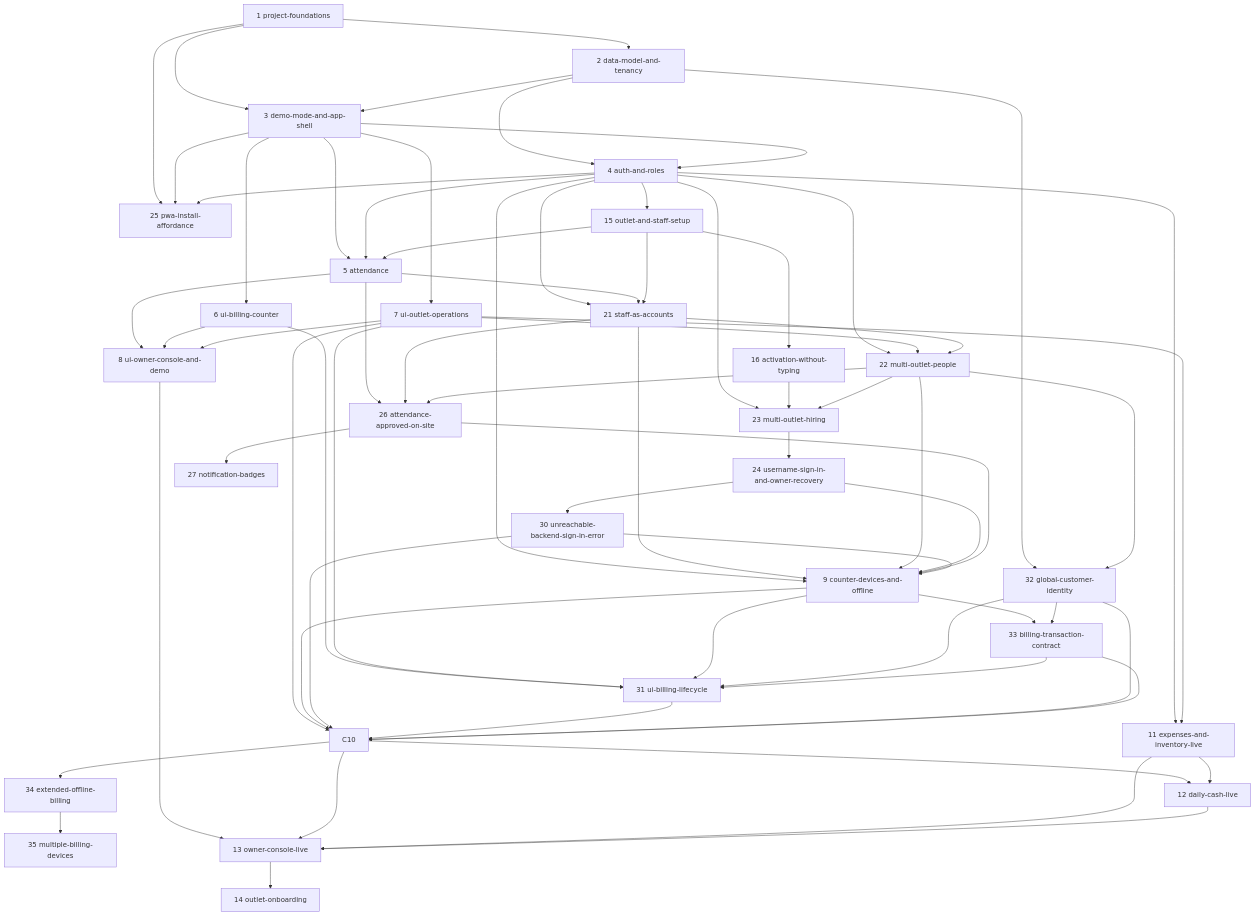
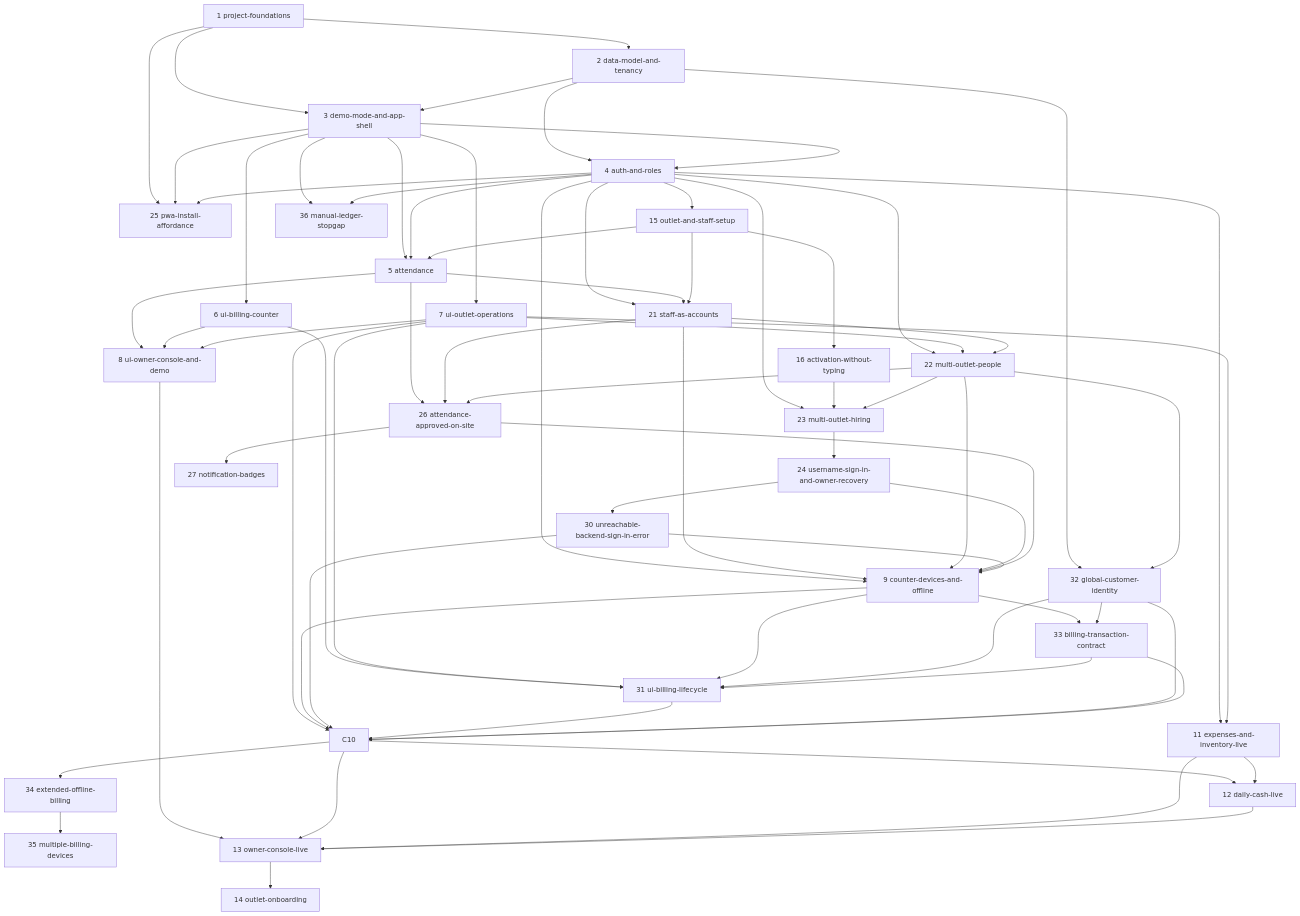
One commit to abdatta/shawarmania-ops changed the diagram in openspec/changes/ROADMAP.md. Above: the diagram before and after it, drawn with Mermaid. The commit also changed other lines of this file and 44 other files, not shown here.

````diff
--- a/openspec/changes/ROADMAP.md
+++ b/openspec/changes/ROADMAP.md
@@ -122,68 +123,70 @@
 ```mermaid
 graph TD
     C1[1 project-foundations] --> C2[2 data-model-and-tenancy]
     C1 --> C3[3 demo-mode-and-app-shell]
     C2 --> C3
     C2 --> C4[4 auth-and-roles]
     C3 --> C4
     C1 --> C25[25 pwa-install-affordance]
     C3 --> C25
     C4 --> C25
     C3 --> C5[5 attendance]
     C4 --> C5
     C4 --> C15[15 outlet-and-staff-setup]
     C15 --> C5
     C15 --> C16[16 activation-without-typing]
     C3 --> C6[6 ui-billing-counter]
     C3 --> C7[7 ui-outlet-operations]
     C5 --> C8[8 ui-owner-console-and-demo]
     C6 --> C8
     C7 --> C8
     C4 --> C21[21 staff-as-accounts]
     C5 --> C21
     C15 --> C21
     C4 --> C22[22 multi-outlet-people]
     C7 --> C22
     C21 --> C22
     C4 --> C23[23 multi-outlet-hiring]
     C16 --> C23
     C22 --> C23
     C23 --> C24[24 username-sign-in-and-owner-recovery]
     C5 --> C26[26 attendance-approved-on-site]
     C21 --> C26
     C22 --> C26
     C26 --> C27[27 notification-badges]
     C24 --> C30[30 unreachable-backend-sign-in-error]
     C2 --> C32[32 global-customer-identity]
     C22 --> C32
+    C3 --> C36[36 manual-ledger-stopgap]
+    C4 --> C36
     C4 --> C9[9 counter-devices-and-offline]
     C21 --> C9
     C22 --> C9
     C24 --> C9
     C26 --> C9
     C30 --> C9
     C9 --> C33[33 billing-transaction-contract]
     C32 --> C33
     C6 --> C31[31 ui-billing-lifecycle]
     C7 --> C31
     C9 --> C31
     C32 --> C31
     C33 --> C31
     C7 --> C10
     C9 --> C10
     C30 --> C10
     C31 --> C10
     C32 --> C10
     C33 --> C10
     C10 --> C34[34 extended-offline-billing]
     C34 --> C35[35 multiple-billing-devices]
     C4 --> C11[11 expenses-and-inventory-live]
     C7 --> C11
     C10 --> C12[12 daily-cash-live]
     C11 --> C12
     C8 --> C13[13 owner-console-live]
     C10 --> C13
     C11 --> C13
     C12 --> C13
     C13 --> C14[14 outlet-onboarding]
 ```
````
